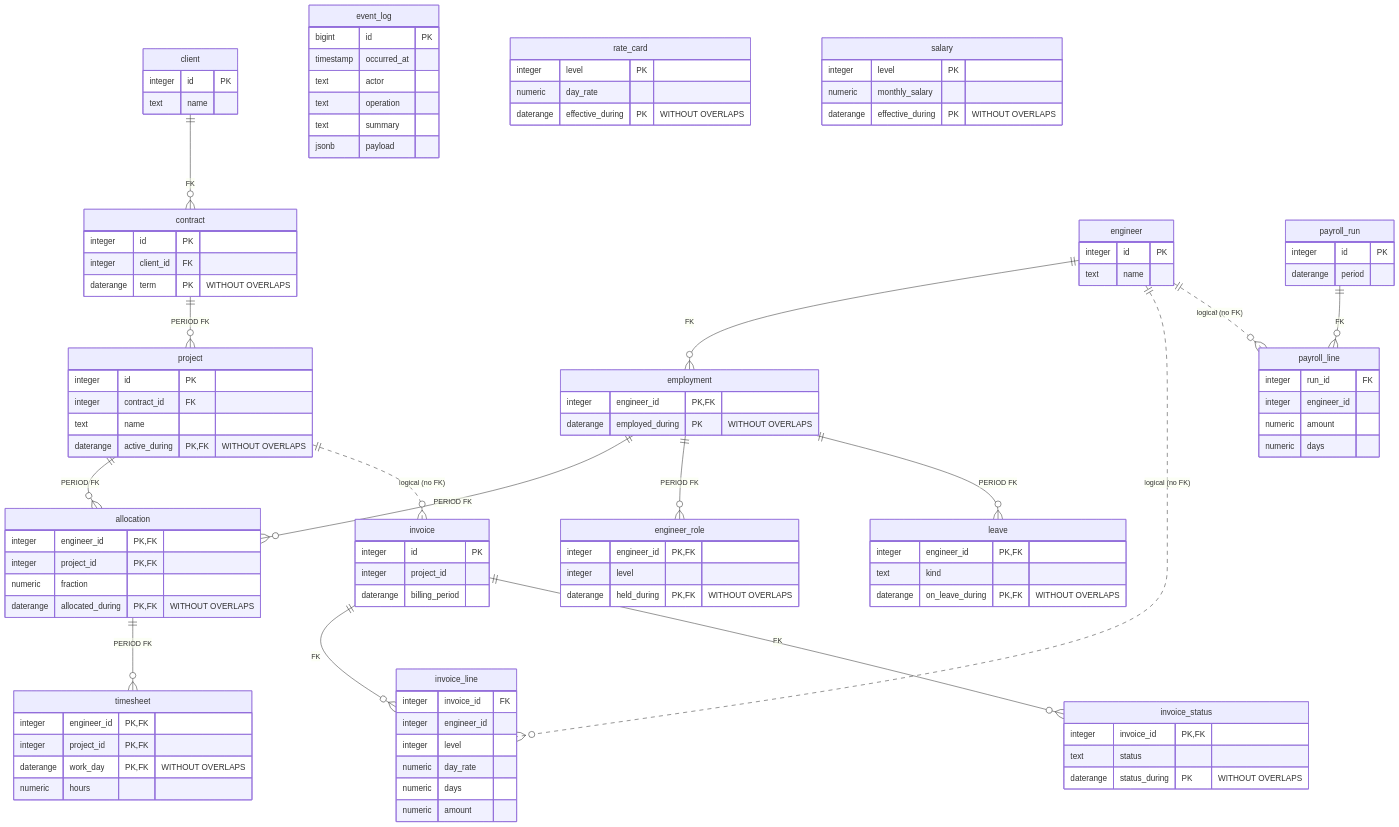
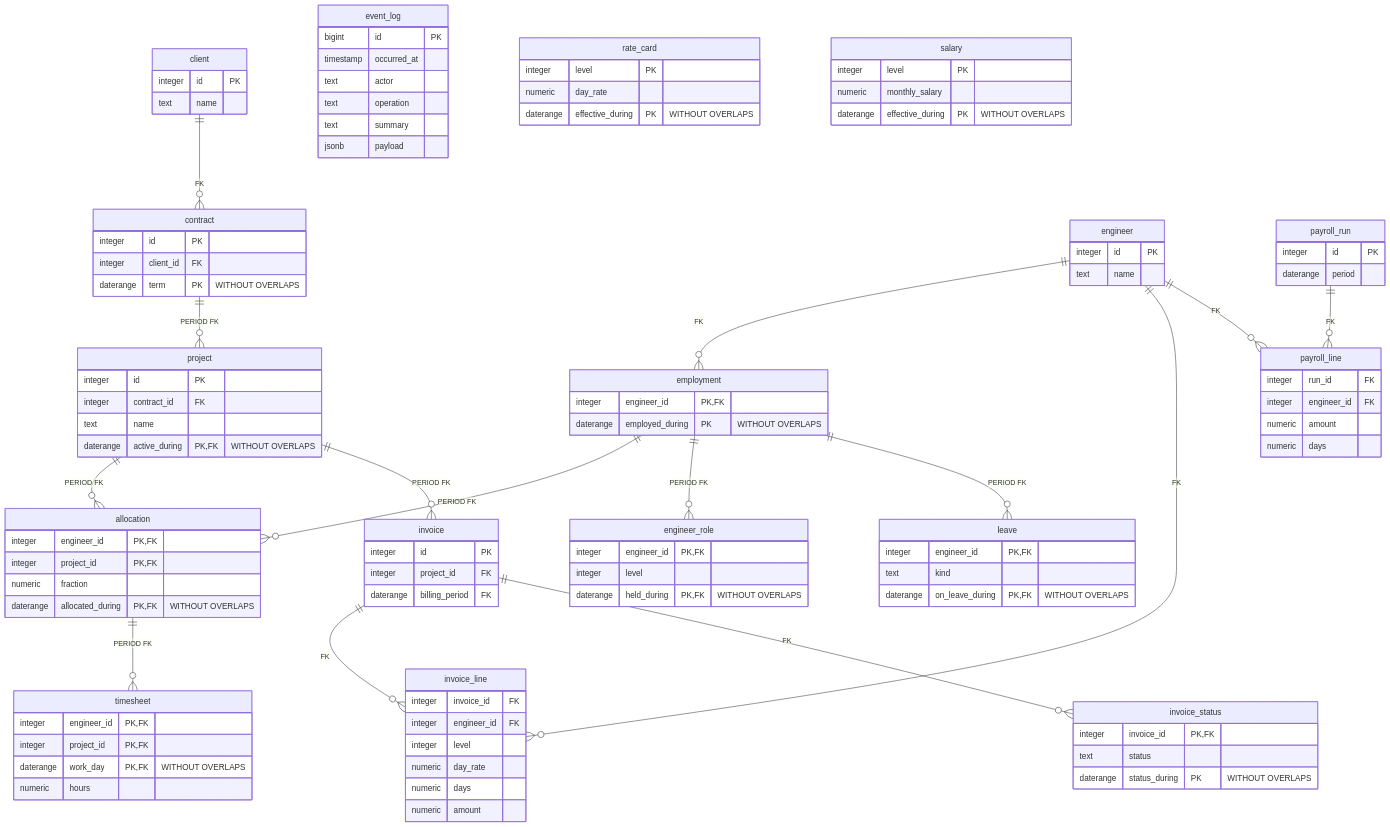
One commit to mbuhot/tempo changed the diagram in SCHEMA.md. Above: the diagram before and after it, drawn with Mermaid. The commit also changed other lines of this file and 2 other files, not shown here.

```diff
--- a/SCHEMA.md
+++ b/SCHEMA.md
@@ -27,13 +27,13 @@
   employment ||--o{ engineer_role : "PERIOD FK"
   employment ||--o{ leave : "PERIOD FK"
   engineer ||--o{ employment : "FK"
+  engineer ||--o{ invoice_line : "FK"
+  engineer ||--o{ payroll_line : "FK"
   invoice ||--o{ invoice_line : "FK"
   invoice ||--o{ invoice_status : "FK"
   payroll_run ||--o{ payroll_line : "FK"
   project ||--o{ allocation : "PERIOD FK"
-  engineer ||..o{ invoice_line : "logical (no FK)"
-  engineer ||..o{ payroll_line : "logical (no FK)"
-  project ||..o{ invoice : "logical (no FK)"
+  project ||--o{ invoice : "PERIOD FK"
   allocation {
     integer engineer_id PK,FK
     integer project_id PK,FK
@@ -72,12 +72,12 @@
   }
   invoice {
     integer id PK
-    integer project_id
-    daterange billing_period
+    integer project_id FK
+    daterange billing_period FK
   }
   invoice_line {
     integer invoice_id FK
-    integer engineer_id
+    integer engineer_id FK
     integer level
     numeric day_rate
     numeric days
@@ -95,7 +95,7 @@
   }
   payroll_line {
     integer run_id FK
-    integer engineer_id
+    integer engineer_id FK
     numeric amount
     numeric days
   }
```
